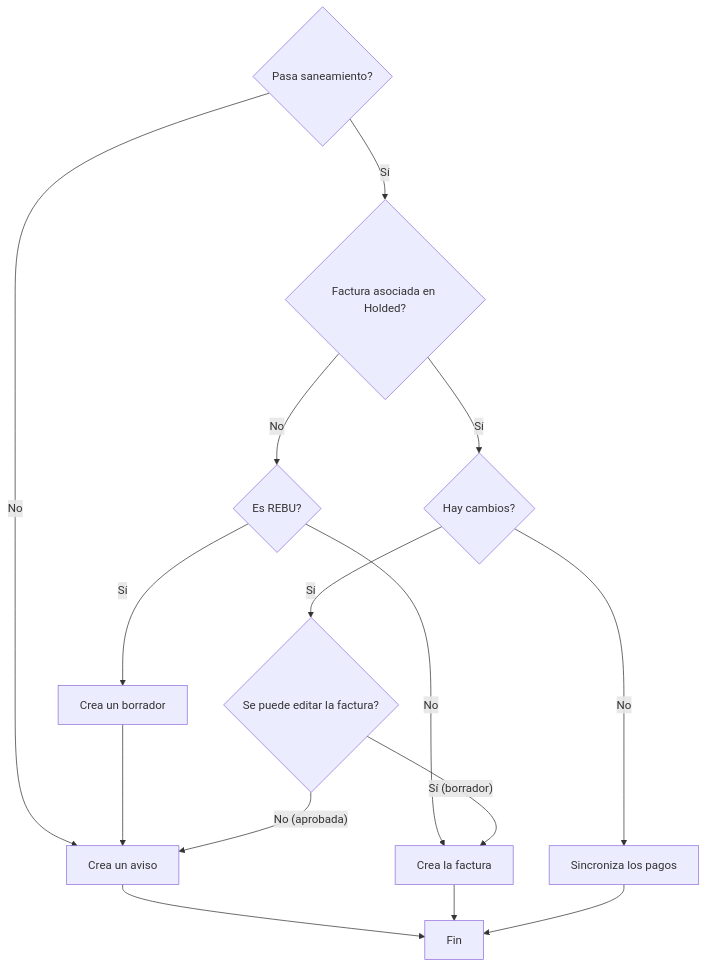
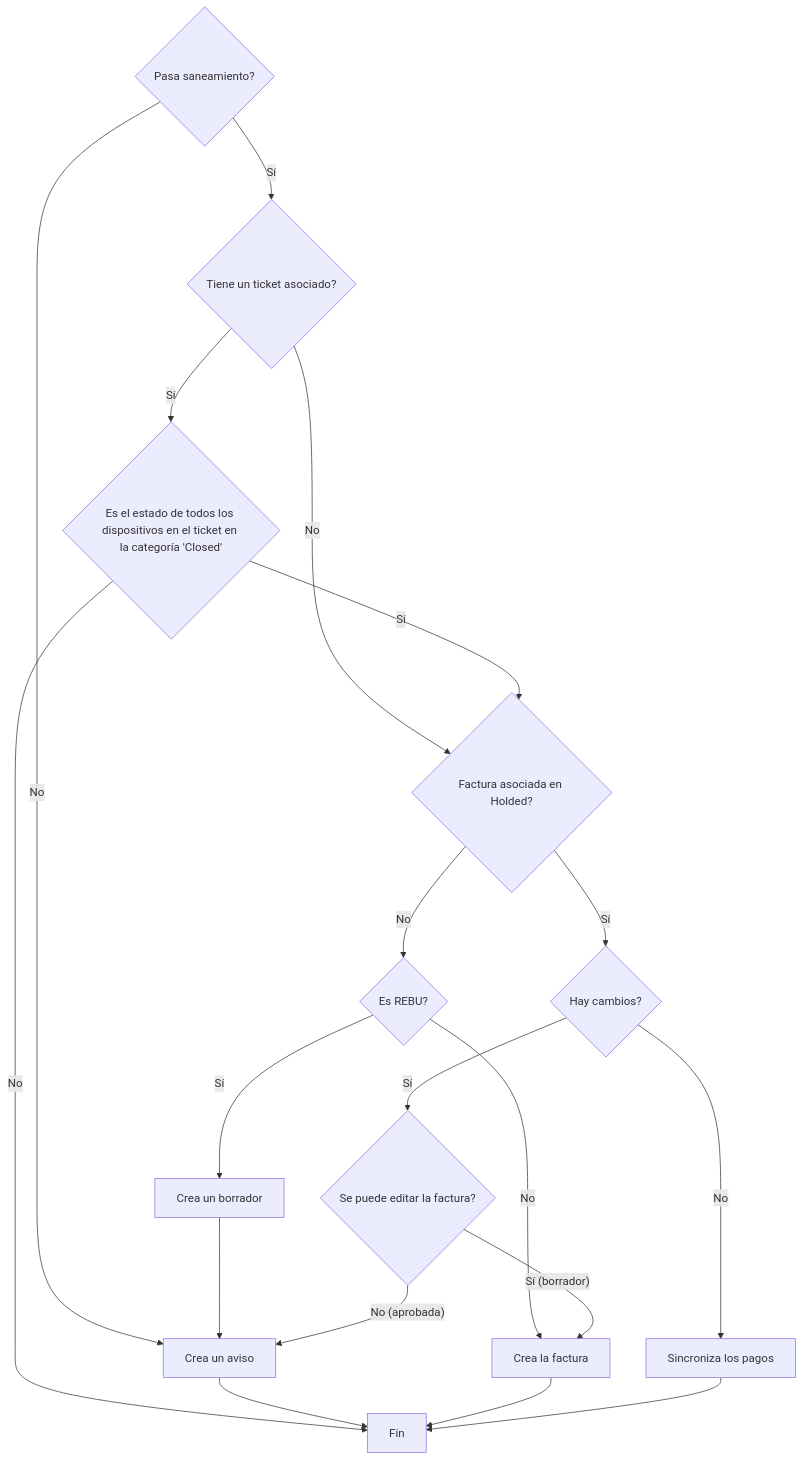
One commit to CyberArena7/cyberarena changed the diagram in repairdesk-to-holded/README.md. Above: the diagram before and after it, drawn with Mermaid.

Commit message:
add some states to the flowchart

````diff
--- a/repairdesk-to-holded/README.md
+++ b/repairdesk-to-holded/README.md
@@ -4,17 +4,21 @@
 ```mermaid
 flowchart TD
-  sanity{Pasa saneamiento?} -->|Sí| associated{Factura asociada en Holded?}
+  sanity{Pasa saneamiento?} -->|Sí| ticket{Tiene un ticket asociado?}
+  ticket -->|No| associated{Factura asociada en Holded?}
+  ticket -->|Sí| ticketdone{Es el estado de todos los dispositivos en el ticket en la categoría 'Closed'}
+  ticketdone -->|Sí| associated
+  ticketdone -->|No| _end[Fin]
   sanity --> |No| warning[Crea un aviso]
-  warning --> _end[Fin]
+  warning --> _end
   associated --> |Sí| changes{Hay cambios?}
   associated --> |No| rebu{Es REBU?}
   rebu --> |Sí| createdraft[Crea un borrador]
   createdraft --> warning
   rebu --> |No| create[Crea la factura]
+  changes --> |No| syncpayments[Sincroniza los pagos]
   create --> _end
-  changes --> |No| syncpayments[Sincroniza los pagos]
   syncpayments --> _end
   changes --> |Sí| try_edit{Se puede editar la factura?}
   try_edit --> |"No (aprobada)"| warning
   try_edit --> |"Sí (borrador)"| create
 ```
````
